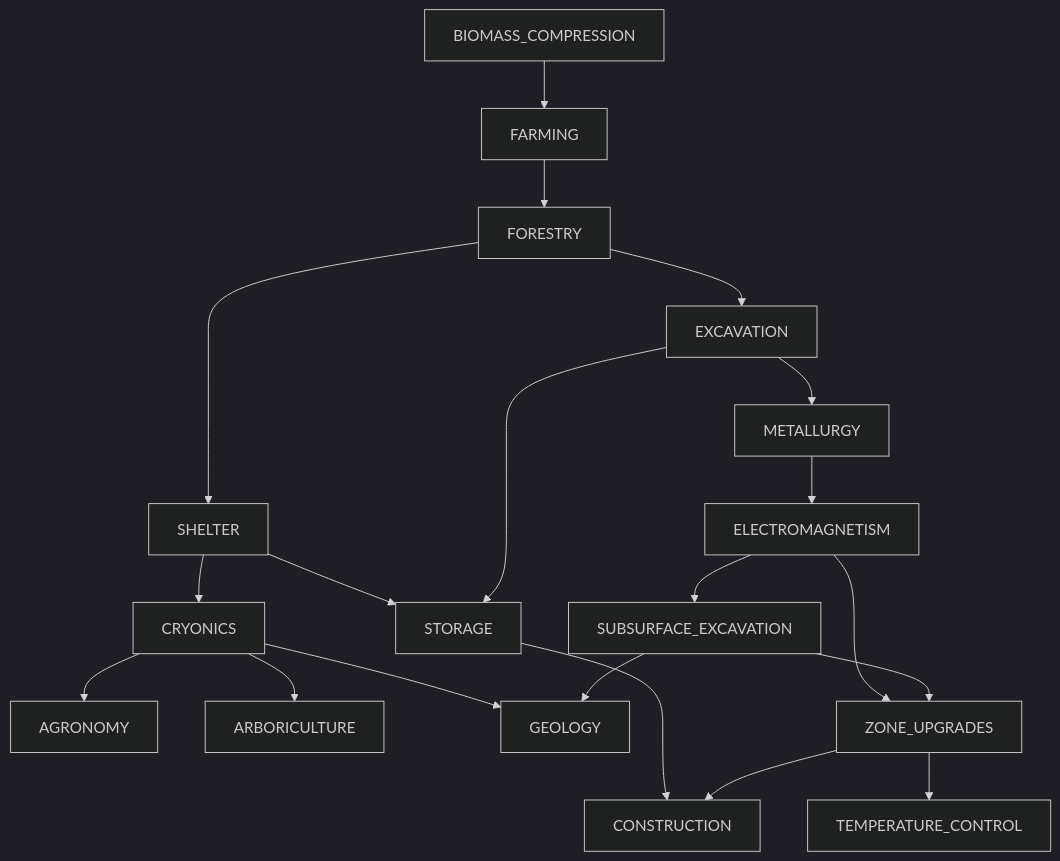
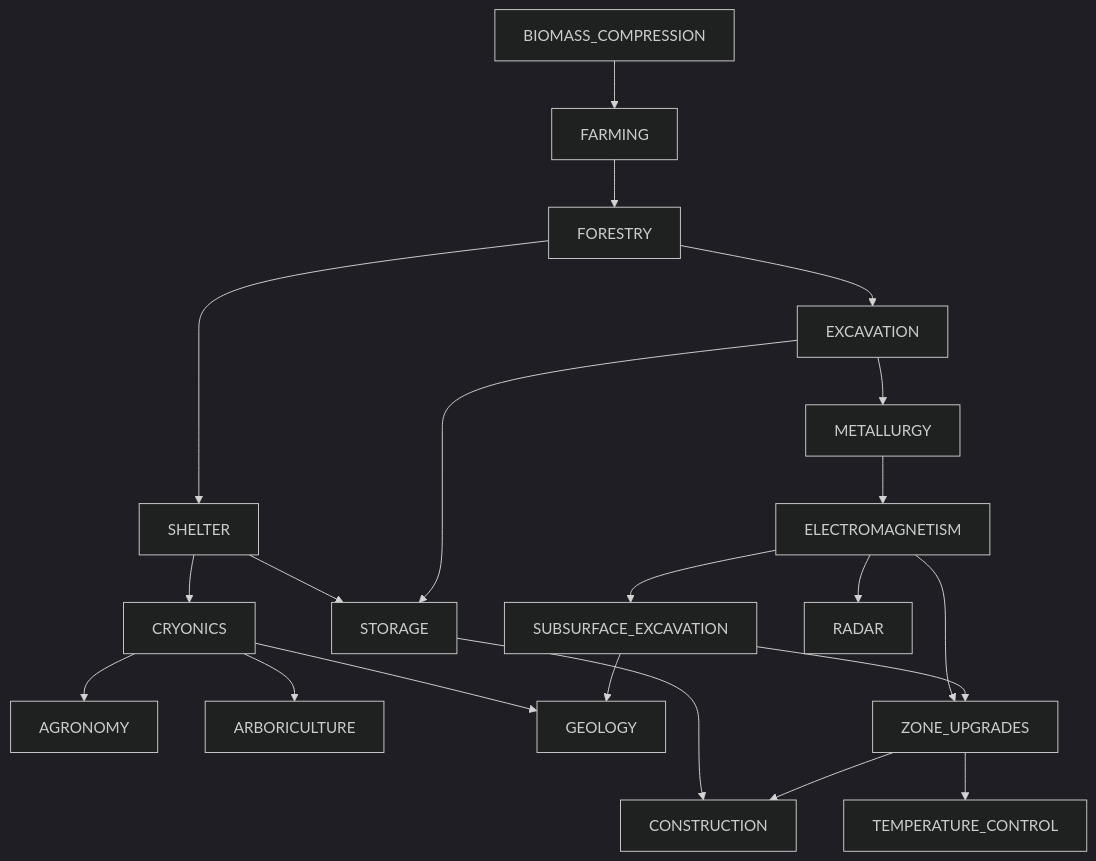
Before and after one commit to krnsk0/idler: the diagram in docs/TECH_TREE.md, drawn with Mermaid (dark theme). The commit also changed 5 other files, not shown here.

````diff
--- a/docs/TECH_TREE.md
+++ b/docs/TECH_TREE.md
@@ -6,23 +6,24 @@
 ```mermaid
 flowchart TD;
   BIOMASS_COMPRESSION --> FARMING
   FARMING --> FORESTRY
   SHELTER --> CRYONICS
   SHELTER --> STORAGE
   CRYONICS --> AGRONOMY
   CRYONICS --> ARBORICULTURE
   CRYONICS --> GEOLOGY
   FORESTRY --> SHELTER
   FORESTRY --> EXCAVATION
   STORAGE --> CONSTRUCTION
   EXCAVATION --> METALLURGY
   EXCAVATION --> STORAGE
   METALLURGY --> ELECTROMAGNETISM
   ELECTROMAGNETISM --> ZONE_UPGRADES
   ELECTROMAGNETISM --> SUBSURFACE_EXCAVATION
+  ELECTROMAGNETISM --> RADAR
   SUBSURFACE_EXCAVATION --> GEOLOGY
   SUBSURFACE_EXCAVATION --> ZONE_UPGRADES
   ZONE_UPGRADES --> CONSTRUCTION
   ZONE_UPGRADES --> TEMPERATURE_CONTROL
 
 ```
````
